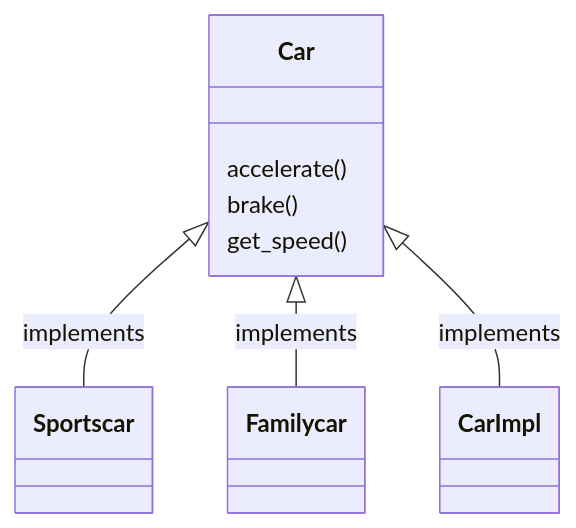
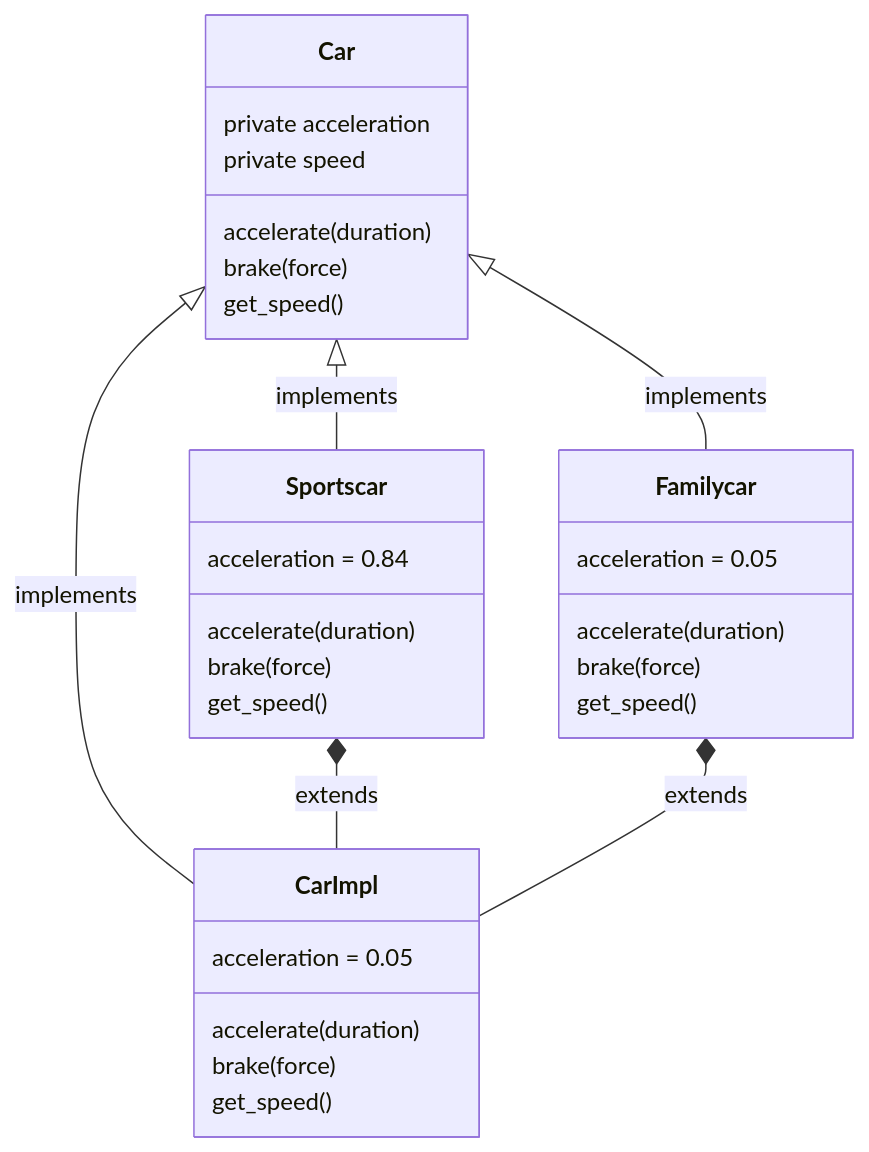
Before and after one commit to beyse/rust-inheritance: the diagram in README.md, drawn with Mermaid. The commit also changed other lines of this file, not shown here.

````diff
--- a/README.md
+++ b/README.md
@@ -8,9 +32,25 @@
 ```mermaid
 classDiagram
 Car <|-- Sportscar : implements
 Car <|-- Familycar : implements
 Car <|-- CarImpl : implements
-Car : accelerate()
-Car : brake()
+Car : accelerate(duration)
+Car : brake(force)
 Car : get_speed()
+Car : private acceleration
+Car : private speed
+Sportscar : acceleration = 0.84
+Sportscar : accelerate(duration)
+Sportscar : brake(force)
+Sportscar : get_speed()
+Familycar: acceleration = 0.05
+Familycar : accelerate(duration)
+Familycar : brake(force)
+Familycar : get_speed()
+CarImpl : acceleration = 0.05
+CarImpl : accelerate(duration)
+CarImpl : brake(force)
+CarImpl : get_speed()
+Sportscar *-- CarImpl : extends
+Familycar *-- CarImpl : extends
 ```
````
